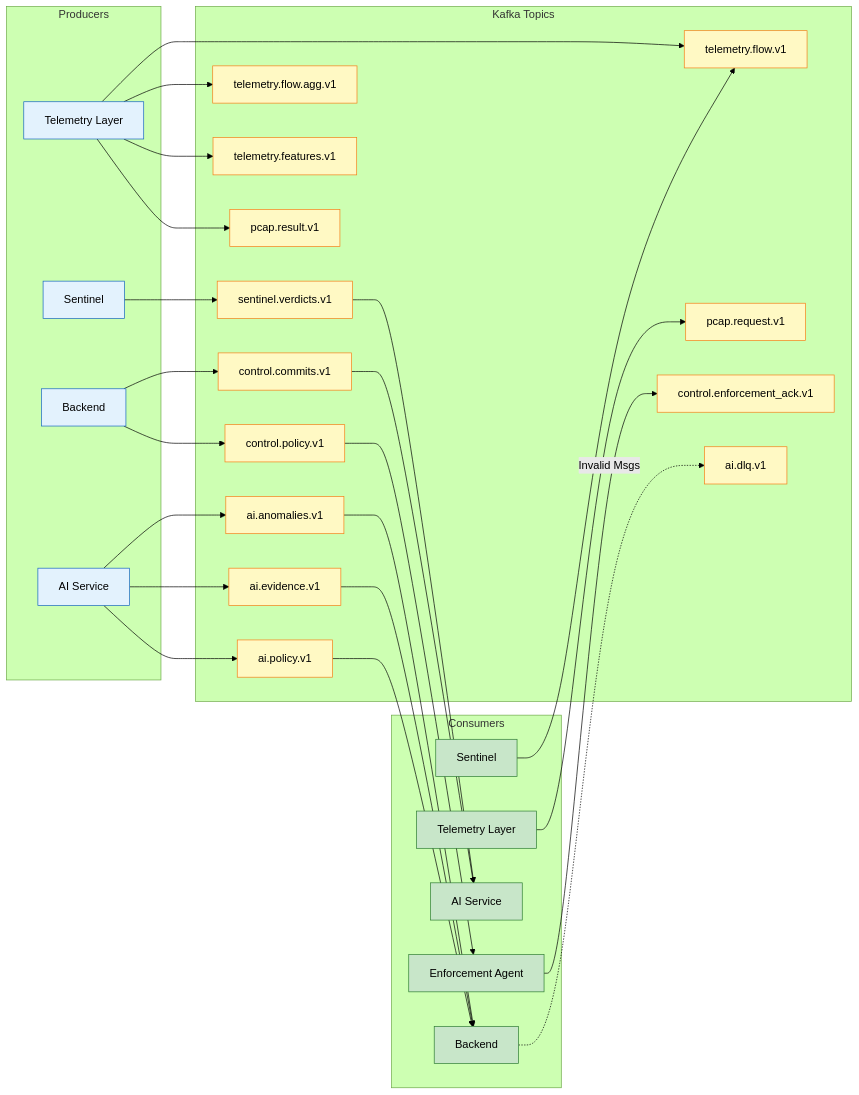
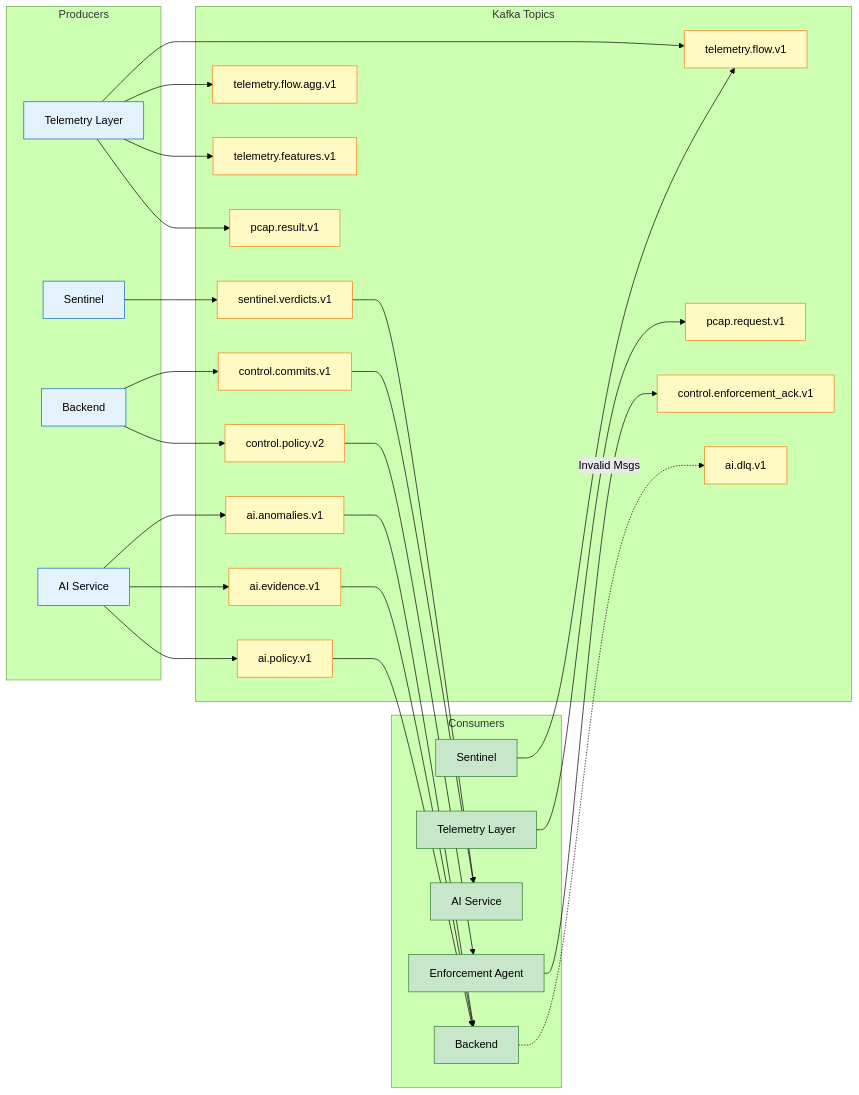
Before and after one commit to EveShark/CyberMesh: the seventh of 7 diagrams in docs/design/HLD.md, drawn with Mermaid (forest theme). The commit also changed other lines of this file and 35 other files, not shown here.

Commit message:
Migrate control policy runtime and signing to v2

````diff
--- a/docs/design/HLD.md
+++ b/docs/design/HLD.md
@@ -425,56 +425,56 @@
 ```mermaid
 graph LR
     subgraph Producers
         TL_P[Telemetry Layer]
         S_P[Sentinel]
         AI_P[AI Service]
         BE_P[Backend]
     end
     
     subgraph Topics["Kafka Topics"]
         F1[telemetry.flow.v1]
         F2[sentinel.verdicts.v1]
         F3[telemetry.flow.agg.v1]
         F4[telemetry.features.v1]
         F5[pcap.request.v1]
         F6[pcap.result.v1]
         T1[ai.anomalies.v1]
         T2[ai.evidence.v1]
         T3[ai.policy.v1]
         T4[control.commits.v1]
-        T5[control.policy.v1]
+        T5[control.policy.v2]
         T6[control.enforcement_ack.v1]
         T7[ai.dlq.v1]
     end
     
     subgraph Consumers
         S_C[Sentinel]
         BE_C[Backend]
         AI_C[AI Service]
         EA_C[Enforcement Agent]
         TL_C[Telemetry Layer]
     end
     
     TL_P --> F1 & F3 & F4 & F6
     S_C --> F1
     S_P --> F2
     TL_C --> F5
     AI_P --> T1 & T2 & T3
     BE_P --> T4 & T5
     EA_C --> T6
 
     F2 --> AI_C
     T1 & T2 & T3 --> BE_C
     T4 --> AI_C
     T5 --> EA_C
 
     BE_C -.->|Invalid Msgs| T7
     
     classDef producer fill:#e3f2fd,stroke:#1565c0,color:#000;
     classDef topic fill:#fff9c4,stroke:#f57f17,color:#000;
     classDef consumer fill:#c8e6c9,stroke:#2e7d32,color:#000;
     
     class AI_P,BE_P,TL_P,S_P producer;
     class F1,F2,F3,F4,F5,F6,T1,T2,T3,T4,T5,T6,T7 topic;
     class S_C,BE_C,AI_C,EA_C,TL_C consumer;
 ```
````
